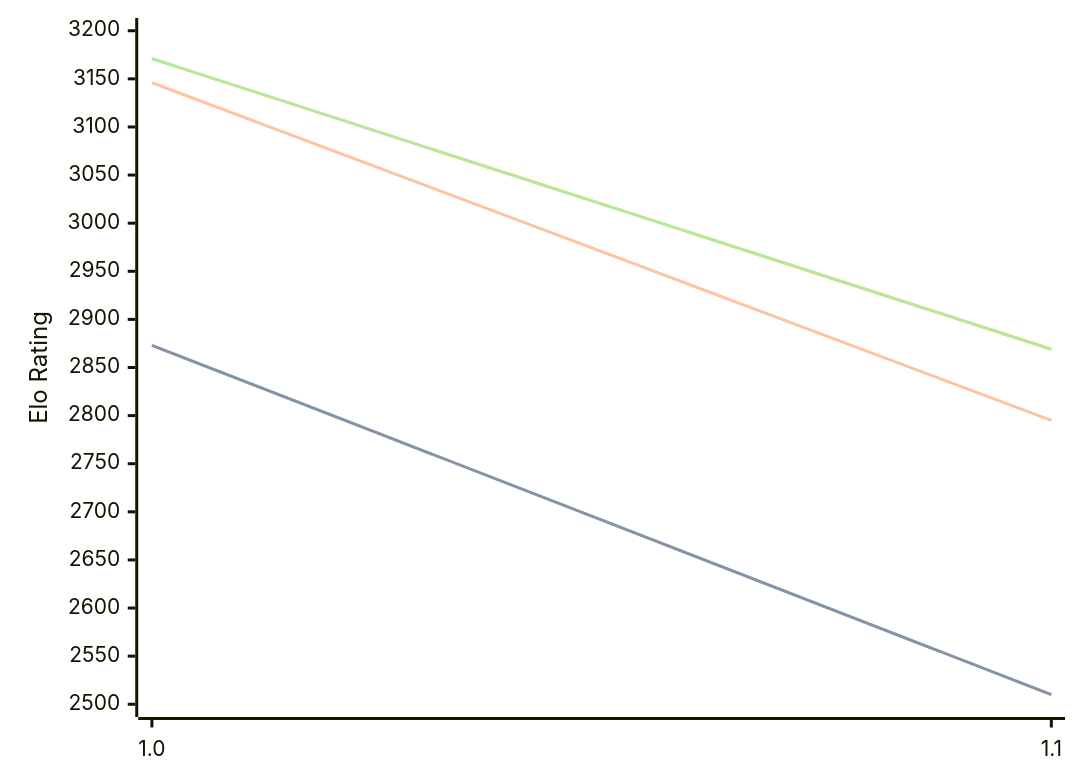
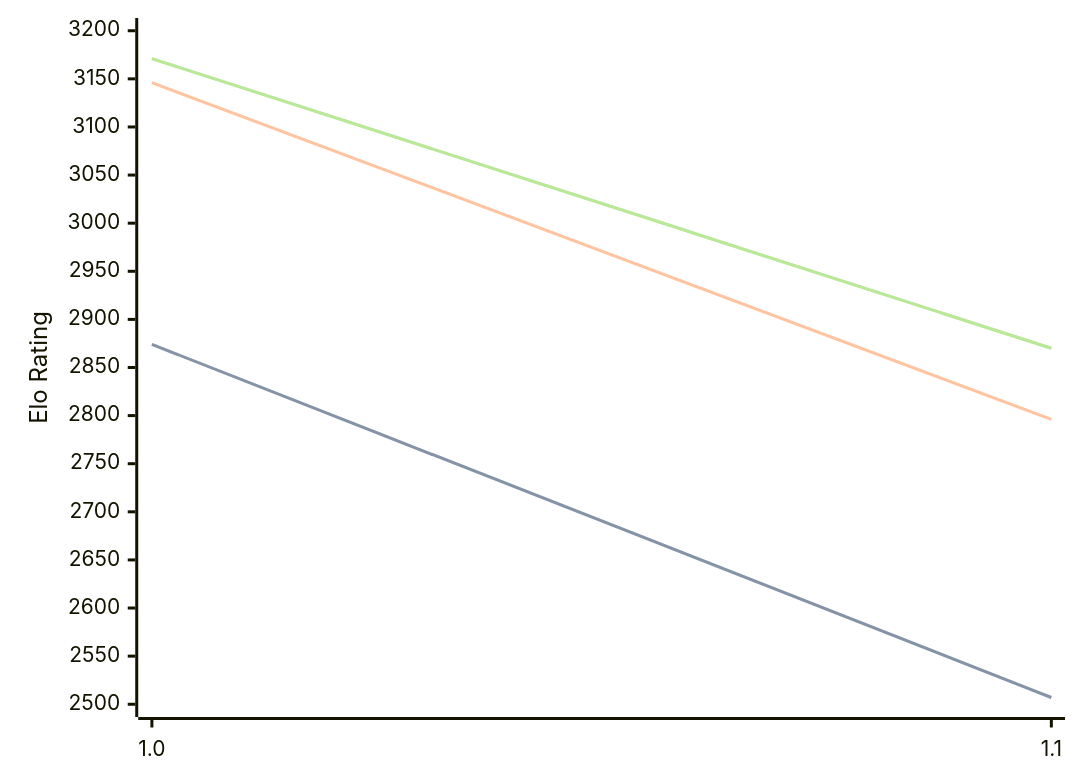
One commit to computer-chess-index/cci changed the diagram in engines/Publius.md. Above: the diagram before and after it, drawn with Mermaid. The commit also changed other lines of this file, not shown here.

Commit message:
Update CCI Ratings (ELO VLTC) - 2026-04-24

````diff
--- a/engines/Publius.md
+++ b/engines/Publius.md
@@ -32,11 +32,11 @@
 ```mermaid
 %%{init: {"theme":"base","themeVariables":{"seriesColors:['#a3a3a3','#222221','#faa371']}}}%%
 xychart-beta
   x-axis ["1.0", "1.1"]
   y-axis "Elo Rating" 2500 --> 3200
-  line "STC (8.0+0.08s)" [2873, 2510]
-  line "STC (8.0+0.08s)" [2873, 2510]
-  line "LTC (60.0+0.60s)" [3146, 2795]
-  line "VLTC (2m24s+1.12s)" [3171, 2869]
-  line "VLTC (2m24s+1.12s)" [3171, 2869]
+  line "STC (8.0+0.08s)" [2874, 2507]
+  line "STC (8.0+0.08s)" [2874, 2507]
+  line "LTC (60.0+0.60s)" [3146, 2796]
+  line "VLTC (2m24s+1.12s)" [3171, 2870]
+  line "VLTC (2m24s+1.12s)" [3171, 2870]
 ```
````
